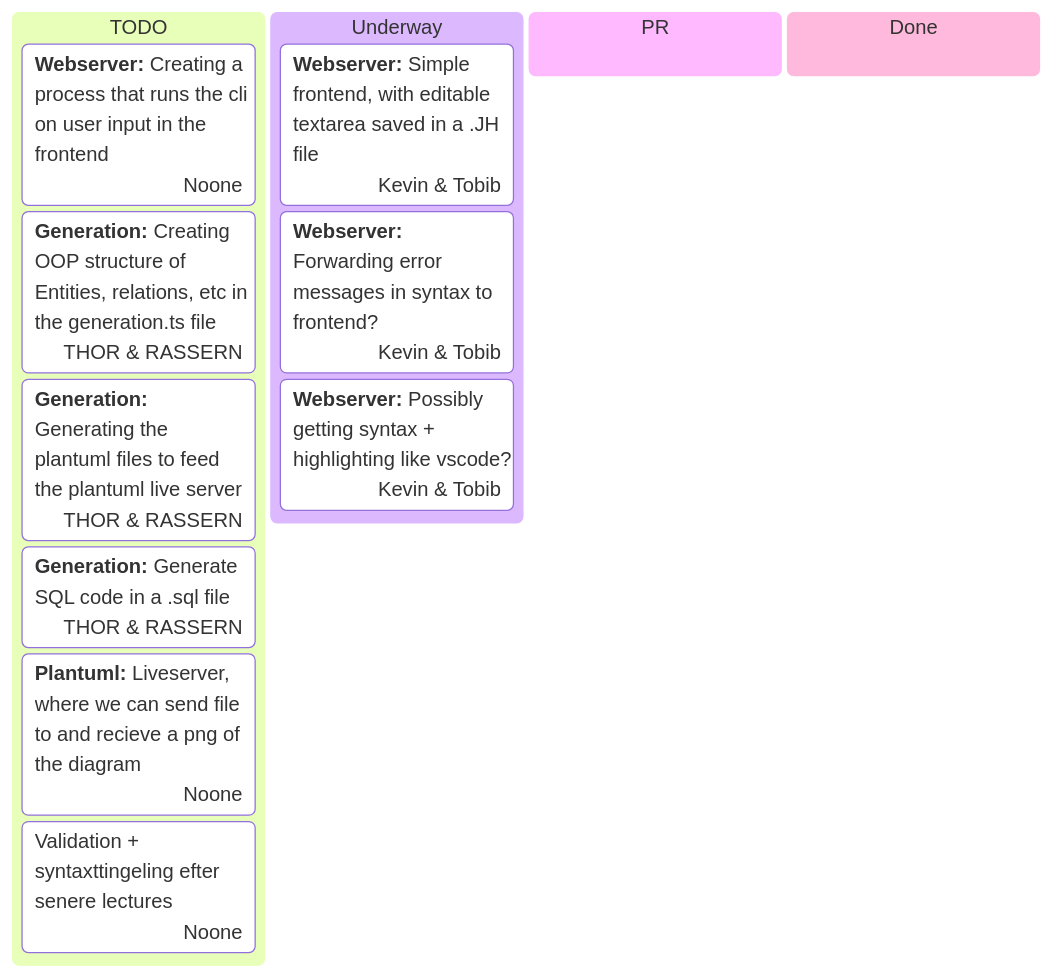
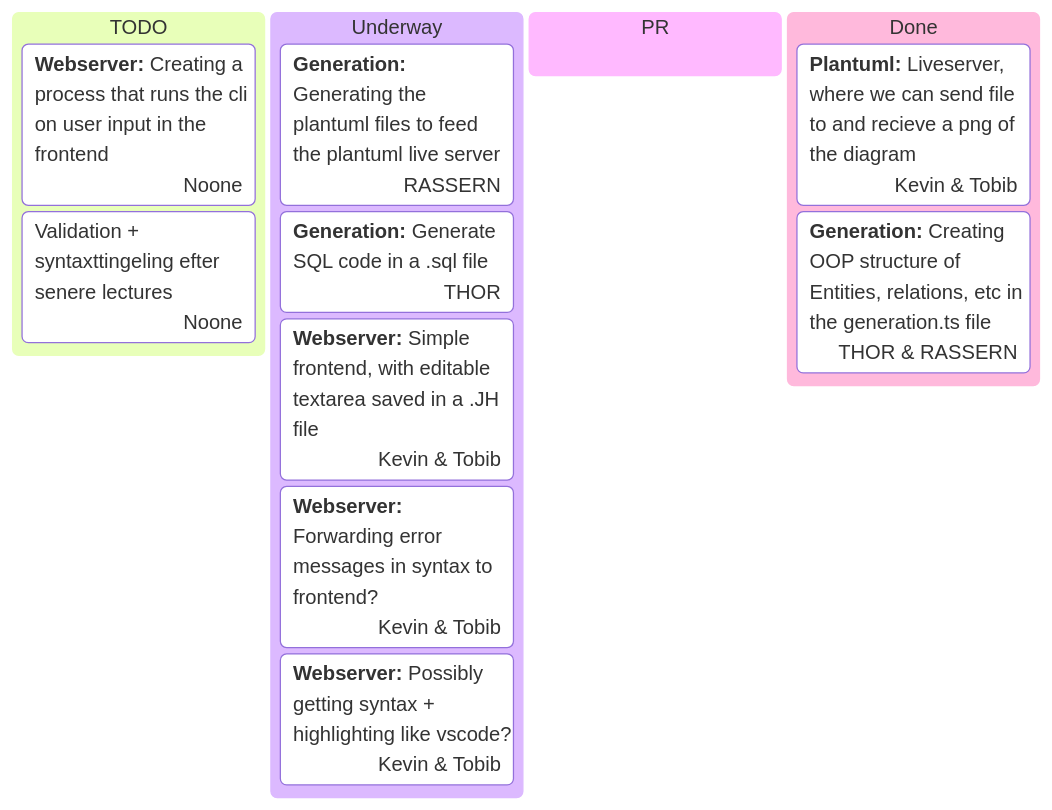
The diagram in Plan.md (TobiasBak/mdsd), drawn with Mermaid before and after one commit. The commit also changed 3 other files, not shown here.

````diff
--- a/Plan.md
+++ b/Plan.md
@@ -1,18 +1,19 @@
 ```mermaid
 kanban
     column1[TODO]
         task7[**Webserver:** Creating a process that runs the cli on user input in the frontend]@{assigned: Noone}
-        task4[**Generation:** Creating OOP structure of Entities, relations, etc in the generation.ts file]@{assigned: THOR & RASSERN}
-        task5[**Generation:** Generating the plantuml files to feed the plantuml live server]@{assigned: THOR & RASSERN}
-        task6[**Generation:** Generate SQL code in a .sql file]@{assigned: THOR & RASSERN}
-        task3[**Plantuml:** Liveserver, where we can send file to and recieve a png of the diagram]@{assigned: Noone}
         task9[Validation + syntaxttingeling efter senere lectures]@{assigned: Noone}
     column2[Underway]
+        task5[**Generation:** Generating the plantuml files to feed the plantuml live server]@{assigned: RASSERN}
+        task6[**Generation:** Generate SQL code in a .sql file]@{assigned: THOR}
         task1[**Webserver:** Simple frontend, with editable textarea saved in a .JH file]@{assigned: Kevin & Tobib}
         task8[**Webserver:** Forwarding error messages in syntax to frontend?]@{assigned: Kevin & Tobib}
         task2[**Webserver:** Possibly getting syntax + highlighting like vscode?]@{assigned: Kevin & Tobib}
     column3[PR]
     column4[Done]
-        
+        task3[**Plantuml:** Liveserver, where we can send file to and recieve a png of the diagram]@{assigned: Kevin & Tobib}
+        task4[**Generation:** Creating OOP structure of Entities, relations, etc in the generation.ts file]@{assigned: THOR & RASSERN}
+
+
 
 ```
````
